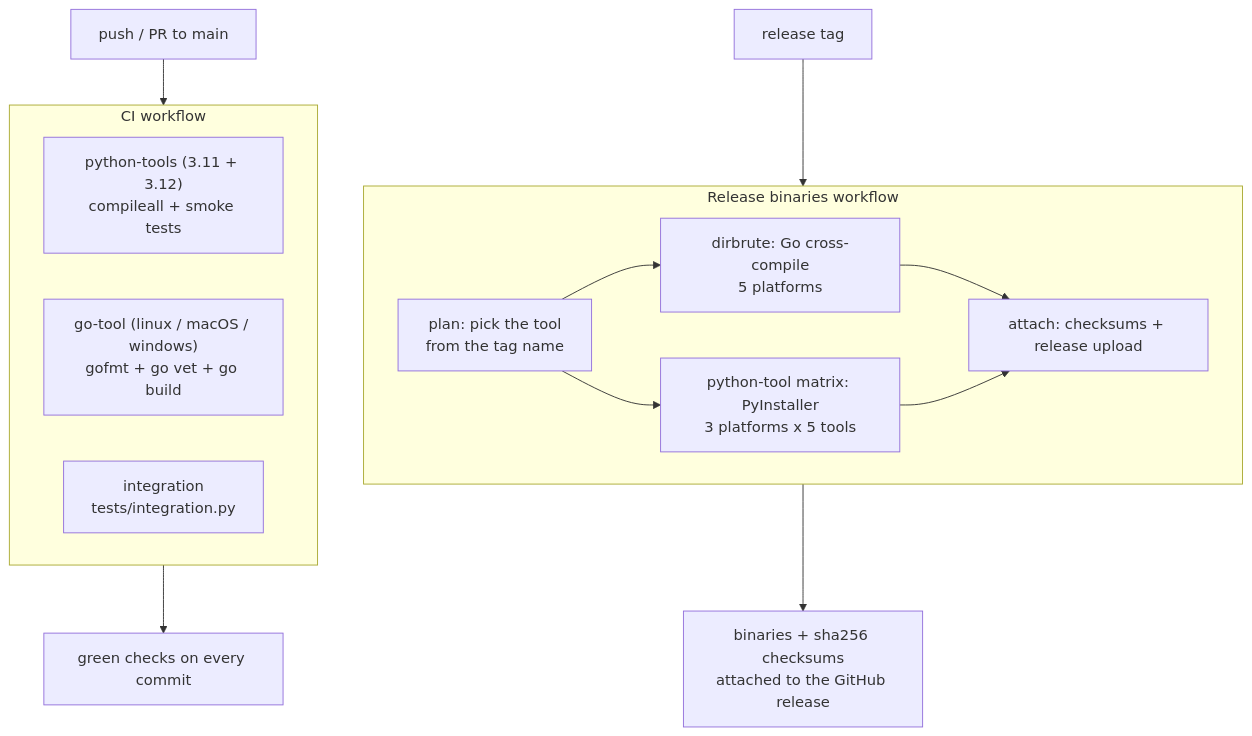
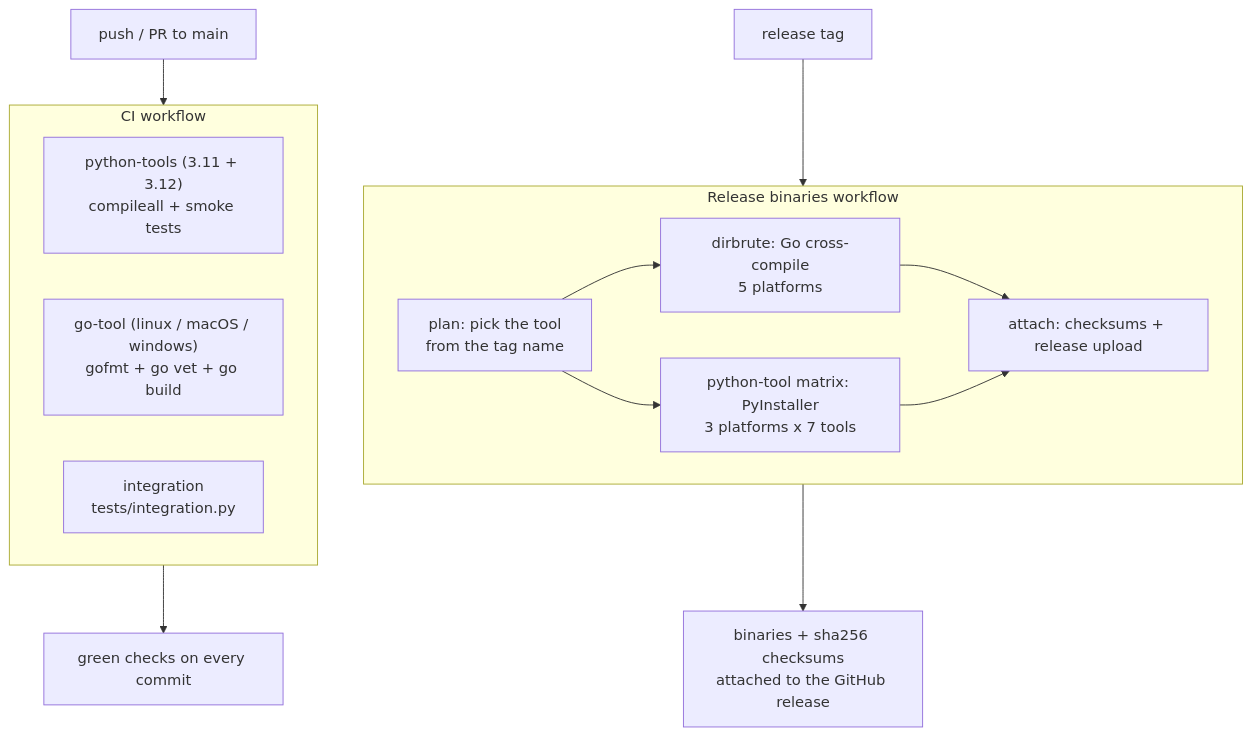
The diagram in docs/actions.md (Abolfazlrwm/Security), drawn with Mermaid before and after one commit. The commit also changed other lines of this file, not shown here.

````diff
--- a/docs/actions.md
+++ b/docs/actions.md
@@ -26,26 +26,26 @@
 ```mermaid
 flowchart TD
     P["push / PR to main"] --> CI
 
     subgraph CI["CI workflow"]
         PY["python-tools (3.11 + 3.12)<br/>compileall + smoke tests"]
         GO["go-tool (linux / macOS / windows)<br/>gofmt + go vet + go build"]
         IT["integration<br/>tests/integration.py"]
     end
 
     T["release tag"] --> REL
 
     subgraph REL["Release binaries workflow"]
         PLAN["plan: pick the tool<br/>from the tag name"]
         B1["dirbrute: Go cross-compile<br/>5 platforms"]
-        B2["python-tool matrix: PyInstaller<br/>3 platforms x 5 tools"]
+        B2["python-tool matrix: PyInstaller<br/>3 platforms x 7 tools"]
         ATT["attach: checksums + release upload"]
         PLAN --> B1
         PLAN --> B2
         B1 --> ATT
         B2 --> ATT
     end
 
     CI --> OK["green checks on every commit"]
     REL --> ART["binaries + sha256 checksums<br/>attached to the GitHub release"]
 ```
````
